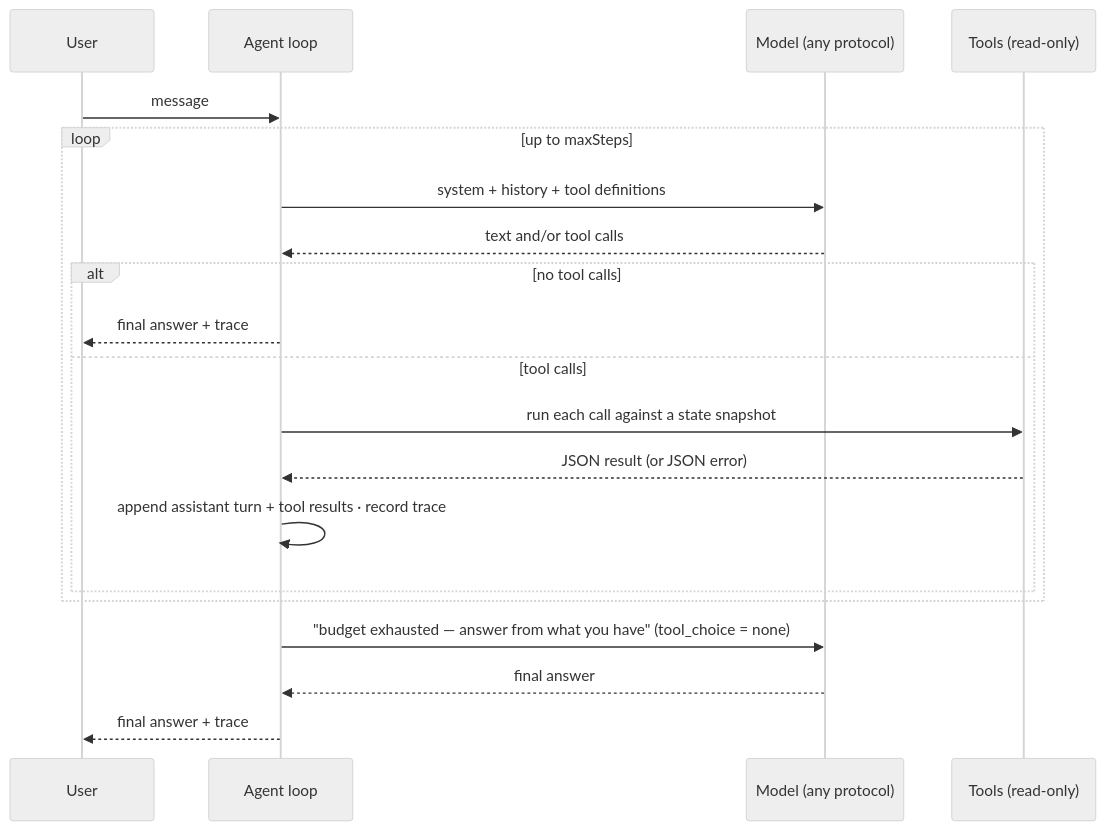
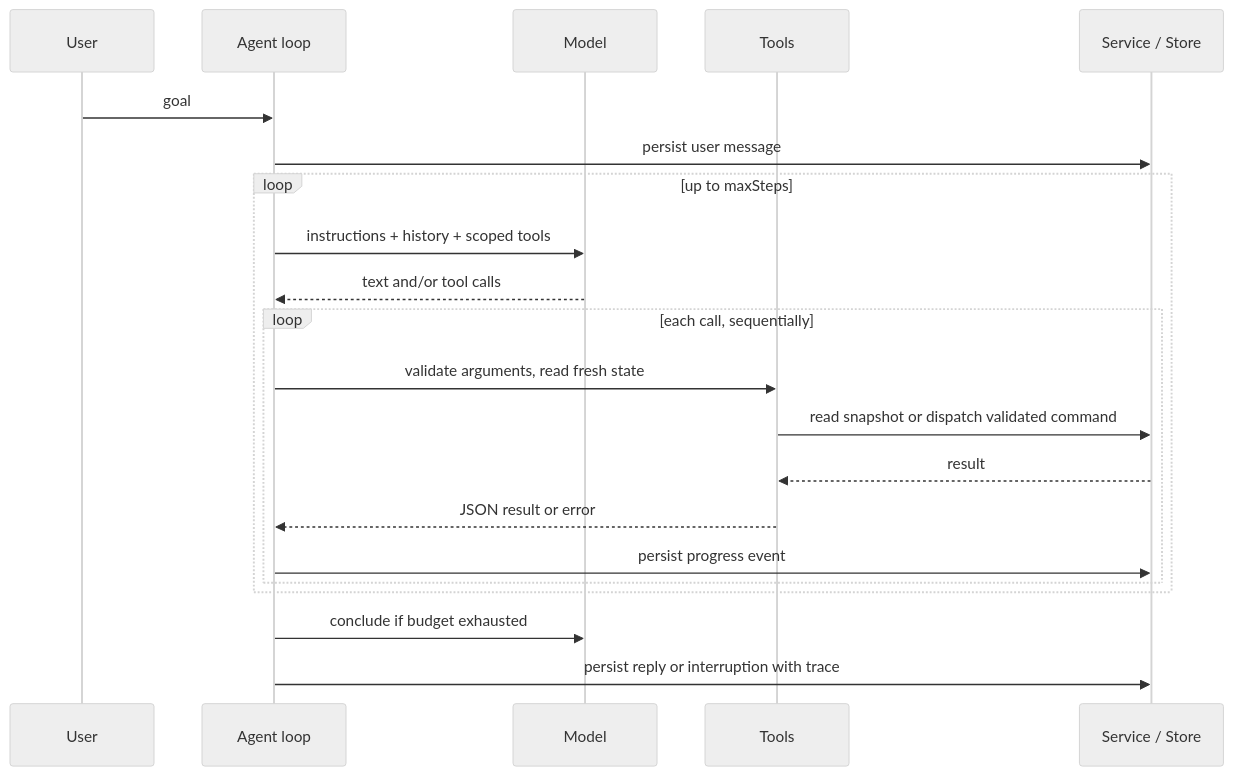
One commit to xuzhougeng/DataBaseAgent changed the diagram in docs/agents.md. Above: the diagram before and after it, drawn with Mermaid (neutral theme). The commit also changed other lines of this file and 14 other files, not shown here.

Commit message:
feat: add dedicated AI assistant and executable workflow tools

````diff
--- a/docs/agents.md
+++ b/docs/agents.md
@@ -7,22 +15,23 @@
 ```mermaid
 sequenceDiagram
     participant U as User
     participant L as Agent loop
-    participant M as Model (any protocol)
-    participant T as Tools (read-only)
-    U->>L: message
+    participant M as Model
+    participant T as Tools
+    participant S as Service / Store
+    U->>L: goal
+    L->>S: persist user message
     loop up to maxSteps
-        L->>M: system + history + tool definitions
+        L->>M: instructions + history + scoped tools
         M-->>L: text and/or tool calls
-        alt no tool calls
-            L-->>U: final answer + trace
-        else tool calls
-            L->>T: run each call against a state snapshot
-            T-->>L: JSON result (or JSON error)
-            L->>L: append assistant turn + tool results · record trace
+        loop each call, sequentially
+            L->>T: validate arguments, read fresh state
+            T->>S: read snapshot or dispatch validated command
+            S-->>T: result
+            T-->>L: JSON result or error
+            L->>S: persist progress event
         end
     end
-    L->>M: "budget exhausted — answer from what you have" (tool_choice = none)
-    M-->>L: final answer
-    L-->>U: final answer + trace
+    L->>M: conclude if budget exhausted
+    L->>S: persist reply or interruption with trace
 ```
````
